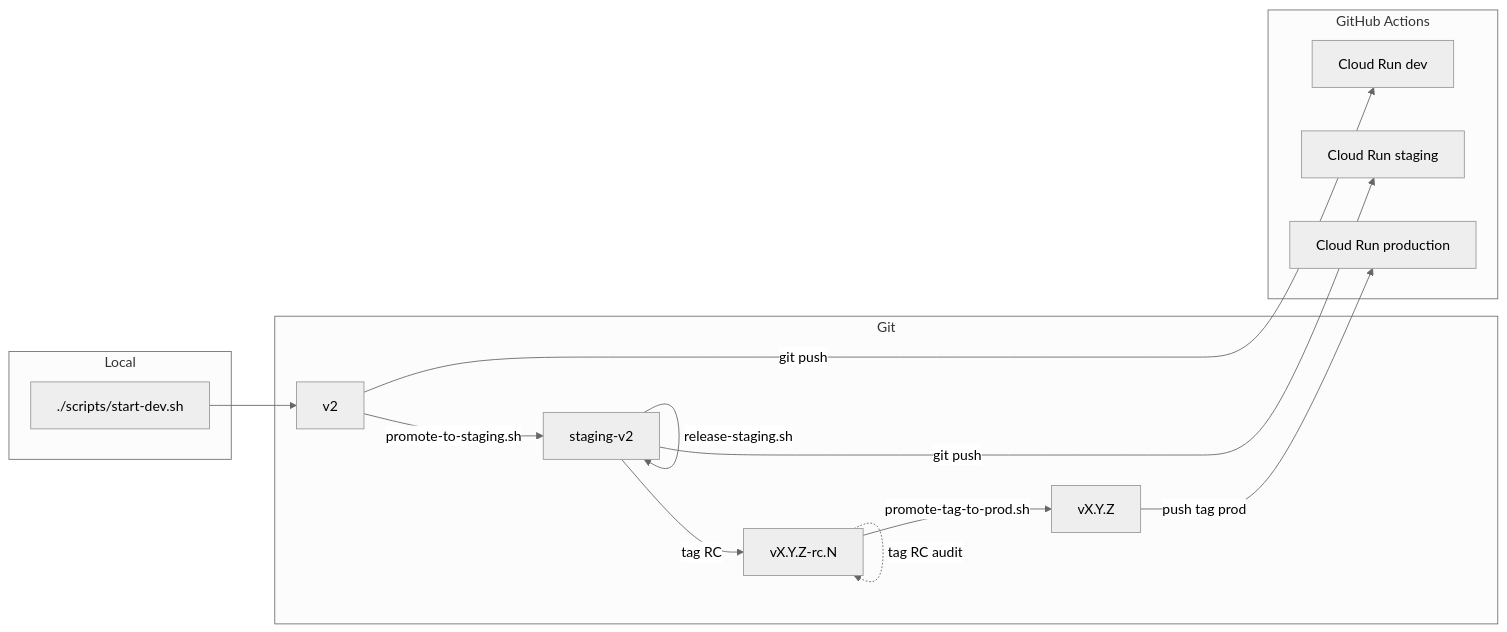
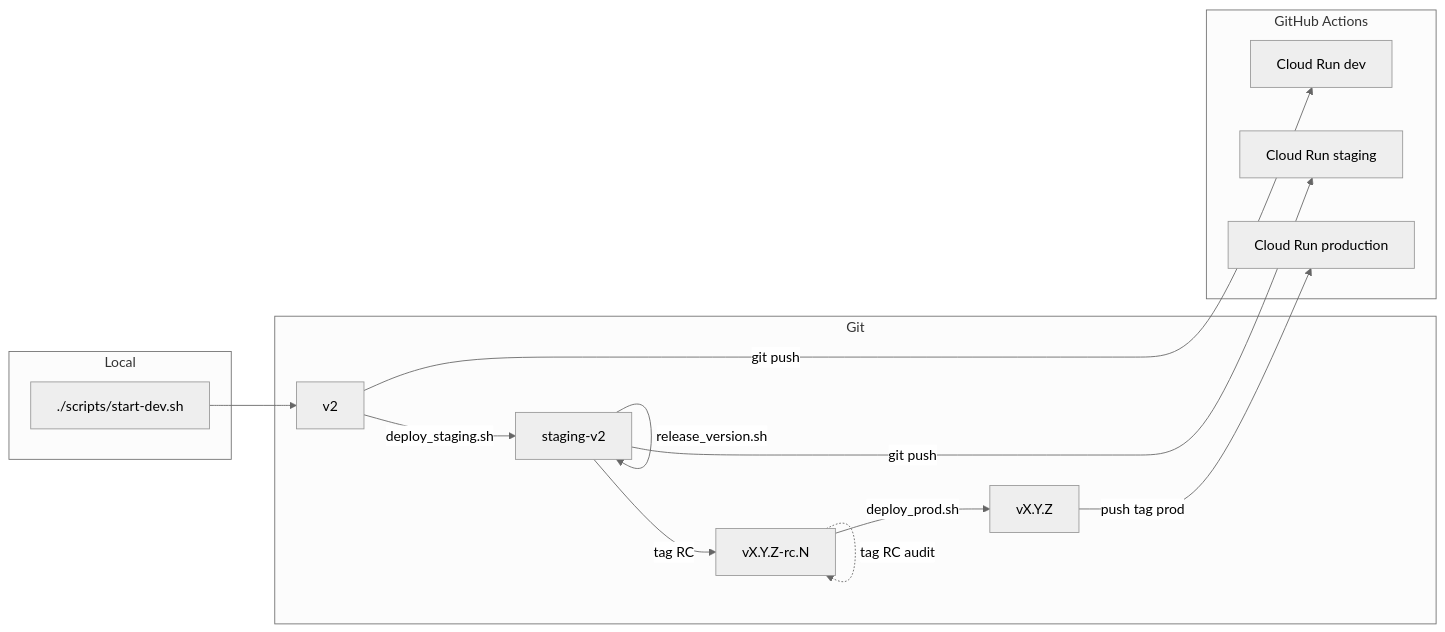
The diagram in docs/v2/technical/DEPLOYMENT_WORKFLOW.md (plamarque/hatcast), drawn with Mermaid (neutral theme) before and after one commit. The commit also changed other lines of this file and 15 other files, not shown here.

````diff
--- a/docs/v2/technical/DEPLOYMENT_WORKFLOW.md
+++ b/docs/v2/technical/DEPLOYMENT_WORKFLOW.md
@@ -7,26 +24,26 @@
 ```mermaid
 flowchart LR
   subgraph local [Local]
     DevLocal["./scripts/start-dev.sh"]
   end
   subgraph git [Git]
     V2[v2]
     STG[staging-v2]
     RC[vX.Y.Z-rc.N]
     REL[vX.Y.Z]
   end
   subgraph ci [GitHub Actions]
     CRdev[Cloud Run dev]
     CRstg[Cloud Run staging]
     CRprod[Cloud Run production]
   end
   DevLocal --> V2
   V2 -->|git push| CRdev
-  V2 -->|promote-to-staging.sh| STG
+  V2 -->|deploy_staging.sh| STG
   STG -->|git push| CRstg
-  STG -->|release-staging.sh| STG
+  STG -->|release_version.sh| STG
   STG -->|tag RC| RC
-  RC -->|promote-tag-to-prod.sh| REL
+  RC -->|deploy_prod.sh| REL
   RC -.->|tag RC audit| RC
   REL -->|push tag prod| CRprod
 ```
````
